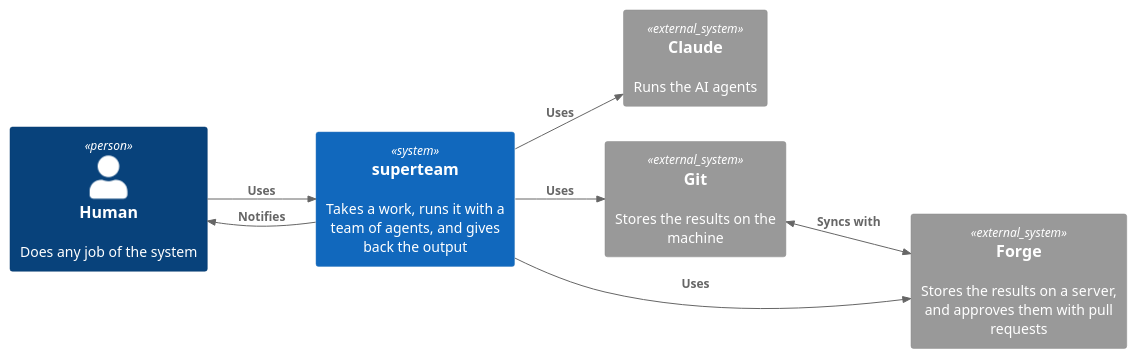
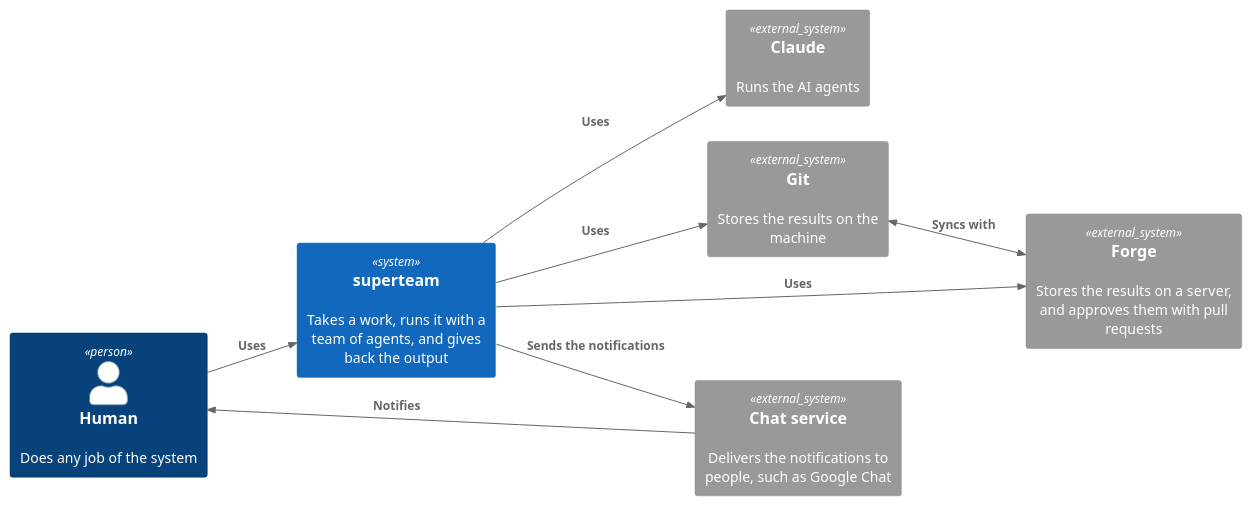
Before and after one commit to longlh/superteam: the diagram in docs/03_context/context.md, drawn with PlantUML. The commit also changed 1 other file, not shown here.

Commit message:
Show the chat service as an external system of the notifications
The Notifier sends the notifications through a chat service, such as Google
Chat, which is outside the system. The context and the container diagrams show
it as one generic external system, so that a new channel does not change them.

Claude-Session: https://claude.ai/code/session_01RjCc28sBGp3orSAH3dswSq

````diff
--- a/docs/03_context/context.md
+++ b/docs/03_context/context.md
@@ -6,19 +6,21 @@
 ```plantuml
 @startuml
 !include <C4/C4_Context>
 LAYOUT_LEFT_RIGHT()
 
 Person(human, "Human", "Does any job of the system")
 System(superteam, "superteam", "Takes a work, runs it with a team of agents, and gives back the output")
 System_Ext(claude, "Claude", "Runs the AI agents")
 System_Ext(git, "Git", "Stores the results on the machine")
 System_Ext(forge, "Forge", "Stores the results on a server, and approves them with pull requests")
+System_Ext(chat, "Chat service", "Delivers the notifications to people, such as Google Chat")
 
 Rel(human, superteam, "Uses")
-Rel(superteam, human, "Notifies")
+Rel(superteam, chat, "Sends the notifications")
+Rel(chat, human, "Notifies")
 Rel(superteam, claude, "Uses")
 Rel(superteam, forge, "Uses")
 Rel(superteam, git, "Uses")
 BiRel(git, forge, "Syncs with")
 @enduml
 ```
````
